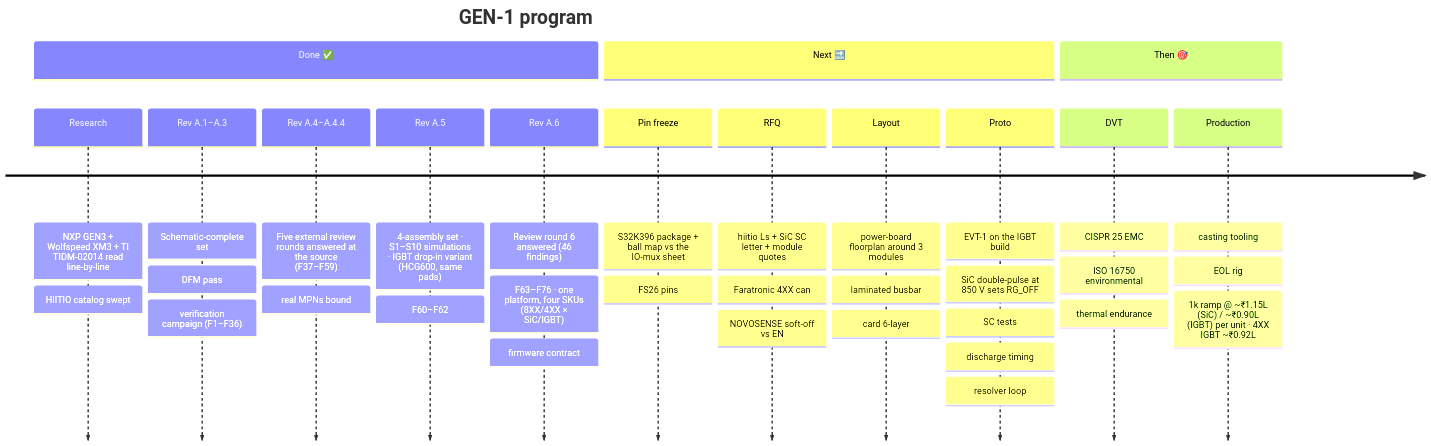
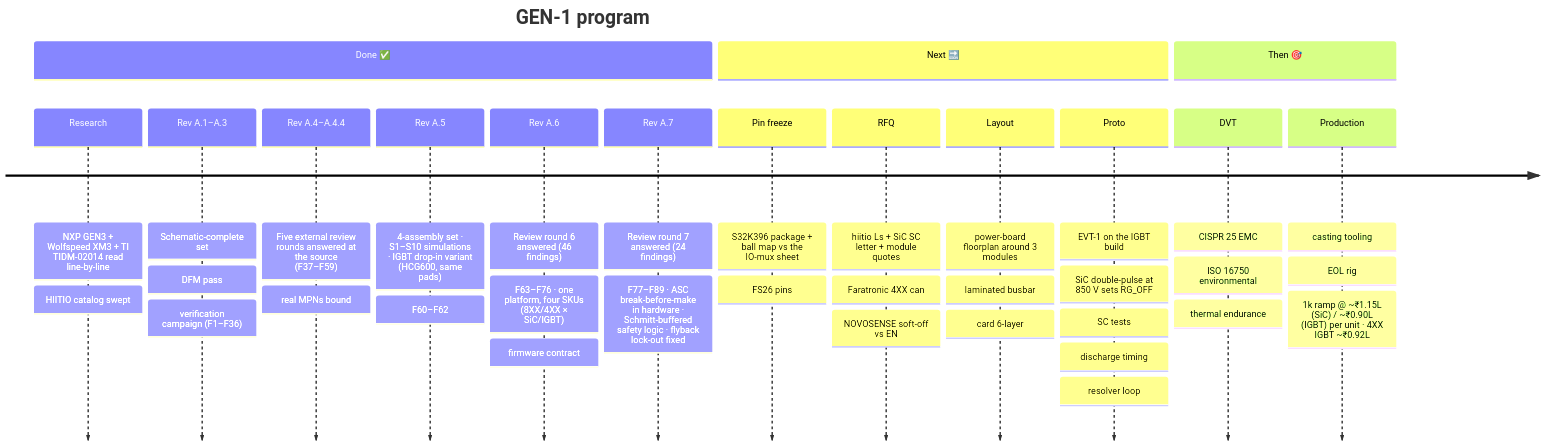
The ninth of 9 diagrams in README.md (vectivolt/Traction-Inverter-GEN-1), drawn with Mermaid before and after one commit. The commit also changed other lines of this file and 57 other files, not shown here.

````diff
--- a/README.md
+++ b/README.md
@@ -613,18 +616,19 @@
 ```mermaid
 timeline
     title GEN-1 program
     section Done ✅
         Research : NXP GEN3 + Wolfspeed XM3 + TI TIDM-02014 read line-by-line : HIITIO catalog swept
         Rev A.1–A.3 : Schematic-complete set : DFM pass : verification campaign (F1–F36)
         Rev A.4–A.4.4 : Five external review rounds answered at the source (F37–F59) : real MPNs bound
         Rev A.5 : 4-assembly set · S1–S10 simulations · IGBT drop-in variant (HCG600, same pads) : F60–F62
         Rev A.6 : Review round 6 answered (46 findings) : F63–F76 · one platform, four SKUs (8XX/4XX × SiC/IGBT) : firmware contract
+        Rev A.7 : Review round 7 answered (24 findings) : F77–F89 · ASC break-before-make in hardware · Schmitt-buffered safety logic · flyback lock-out fixed
     section Next 🔜
         Pin freeze : S32K396 package + ball map vs the IO-mux sheet : FS26 pins
         RFQ : hiitio Ls + SiC SC letter + module quotes : Faratronic 4XX can : NOVOSENSE soft-off vs EN
         Layout : power-board floorplan around 3 modules : laminated busbar : card 6-layer
         Proto : EVT-1 on the IGBT build : SiC double-pulse at 850 V sets RG_OFF : SC tests : discharge timing : resolver loop
     section Then 🎯
         DVT : CISPR 25 EMC : ISO 16750 environmental : thermal endurance
         Production : casting tooling : EOL rig : 1k ramp @ ~₹1.15L (SiC) / ~₹0.90L (IGBT) per unit · 4XX IGBT ~₹0.92L
 ```
````
